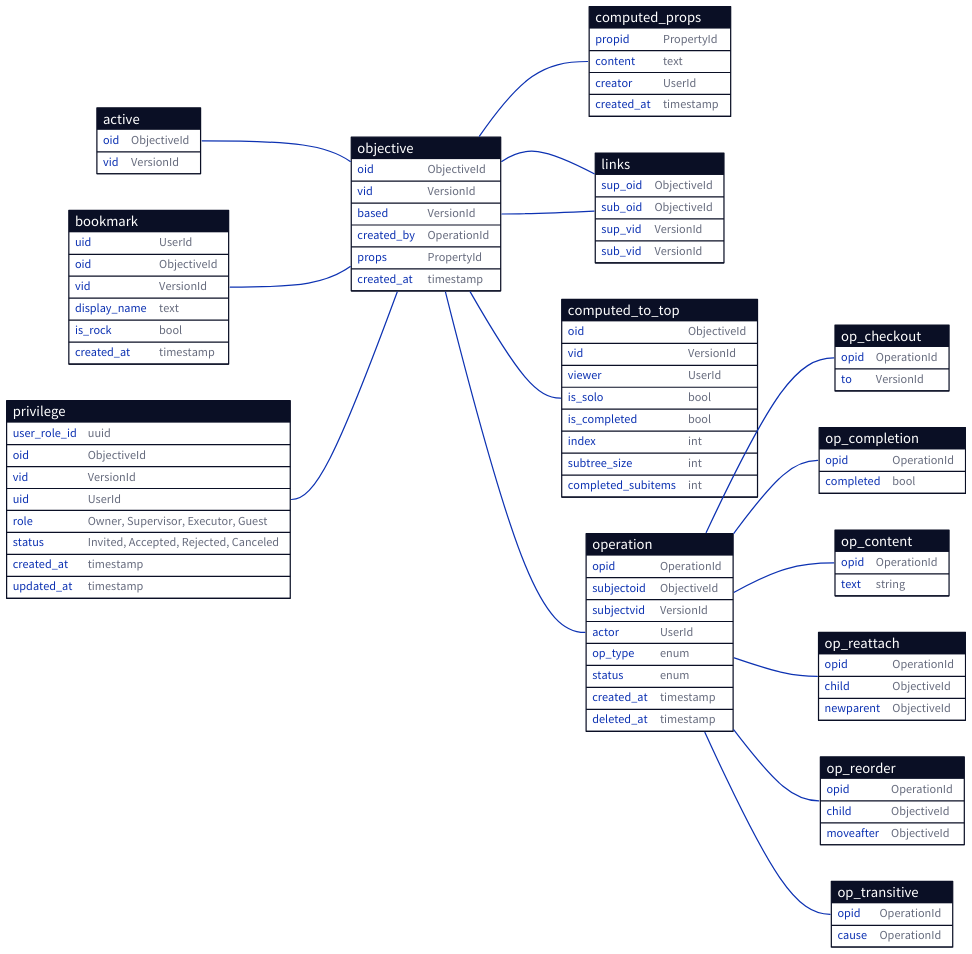
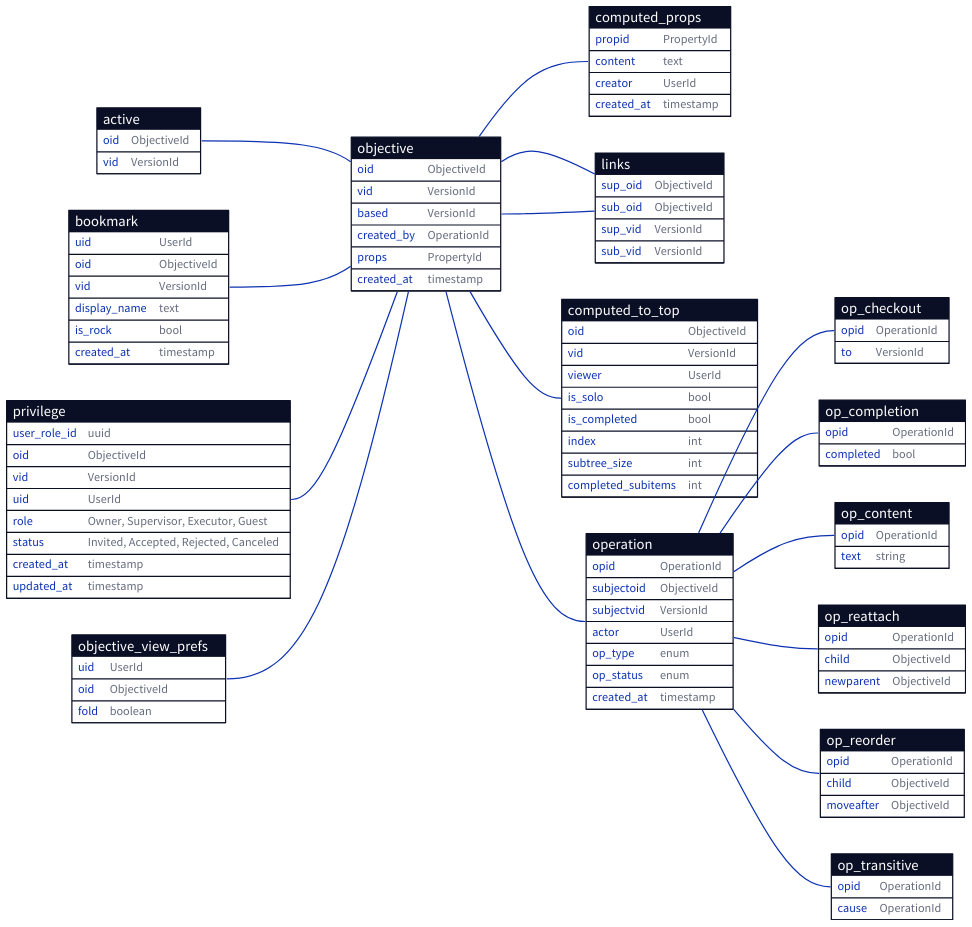
The diagram in docs/database/simplified.d2 (ufukty/logbook), drawn with D2 before and after one commit. The commit also changed 3 other files, not shown here.

```diff
--- a/docs/database/simplified.d2
+++ b/docs/database/simplified.d2
@@ -1,172 +1,182 @@
 active: {
   shape: sql_table
 
   oid: ObjectiveId
   vid: VersionId
 }
 
 bookmark: {
   shape: sql_table
 
   uid: UserId
   oid: ObjectiveId
   vid: VersionId
   display_name: text
   is_rock: bool # rocks are hidden in the UI
   created_at: timestamp
 }
 
 privilege: {
   shape: sql_table
 
   user_role_id: uuid
   oid: ObjectiveId
   vid: VersionId
   uid: UserId
   role: "Owner, Supervisor, Executor, Guest"
   status: "Invited, Accepted, Rejected, Canceled"
   created_at: timestamp
   updated_at: timestamp
 }
 
 objective: {
   shape: sql_table
 
   oid: ObjectiveId
   vid: VersionId
   based: VersionId
   created_by: OperationId
   props: PropertyId
 
   created_at: timestamp # creation of this version (=row)
 }
+
+objective_view_prefs: {
+  shape: sql_table
+
+  uid: UserId
+  oid: ObjectiveId
+  fold: boolean
+}
+
 
 # cached from operations to reduce view build duration
 # separately versioned from the objective to detach it from privilege and collaboration config changes
 computed_props: {
   shape: sql_table
 
   propid: PropertyId
   content: text
   creator: UserId
   created_at: timestamp
 }
 
 links: {
   shape: sql_table
 
   sup_oid: ObjectiveId
   sub_oid: ObjectiveId
   sup_vid: VersionId
   sub_vid: VersionId
 }
 
 computed_to_top: {
   shape: sql_table
 
   oid: ObjectiveId
   vid: VersionId
   viewer: UserId
 
   is_solo: bool
   is_completed: bool
 
   index: int
   subtree_size: int
   completed_subitems: int
 }
 
 operation: {
   shape: sql_table
 
   opid: OperationId
   
   subjectoid: ObjectiveId
   subjectvid: VersionId
   actor: UserId
 
-  op_type: enum # Transitive, Checkout, Completion, Reattach, Reorder, Content
-  status: enum # Received, Accepted, Rejected
+  op_type: enum
+  op_status: enum
 
   created_at: timestamp
-  deleted_at: timestamp
 }
 
 op_checkout: {
   shape: sql_table
   
   opid: OperationId 
   to: VersionId
 }
 
 op_content: {
   shape: sql_table
   
   opid: OperationId 
   text: string
 }
 
 op_completion: {
   shape: sql_table
 
   opid: OperationId
   completed: bool
 }
 
 # reattachment operation gets defined on the old parent of the objective is requested to be moved into next parent's bottom
 op_reattach: {
   shape: sql_table
   
   opid: OperationId 
   child: ObjectiveId # find the vid from only version of child linked to current version of subject
   newparent: ObjectiveId # find the vid of parent from following the ascendants of subject reached from active versions
 }
 
 op_reorder: {
   shape: sql_table
   
   opid: OperationId 
   child: ObjectiveId
   moveafter: ObjectiveId
 }
 
 # every ascendant gets an transitive update operation when an objective gets version changing event from user (either checkout or content/prop modification)
 op_transitive: {
   shape: sql_table
   
   opid: OperationId 
   cause: OperationId
 }
 
 direction: right
 
 active.oid -- objective.oid
 
 # a bookmark points to a root node of a work tree
 bookmark.oid -- objective.oid
 # bookmark.vid -- objective.vid
 
 # Any task with custom privilege hand.can have owner/viewers/executors
 privilege.oid -- objective.oid
 # privilege.vid -- objective.vid
 
+objective_view_prefs.oid -- objective.oid
+
 objective.oid -- links.sup_oid
 # objective.vid -- links.sup_vid
 
 objective.oid -- links.sub_oid
 # objective.vid -- links.sub_vid
 
 objective.oid -- computed_to_top.oid
 # objective.vid -- computed_to_top.vid
 
 operation.opid -- op_checkout.opid
 operation.opid -- op_completion.opid
 operation.opid -- op_content.opid
 operation.opid -- op_reattach.opid
 operation.opid -- op_reorder.opid
 operation.opid -- op_transitive.opid
 
 objective.created_by -- operation.opid
 
 objective.props -- computed_props.propid
 # objective.vid -- props.vid
```
